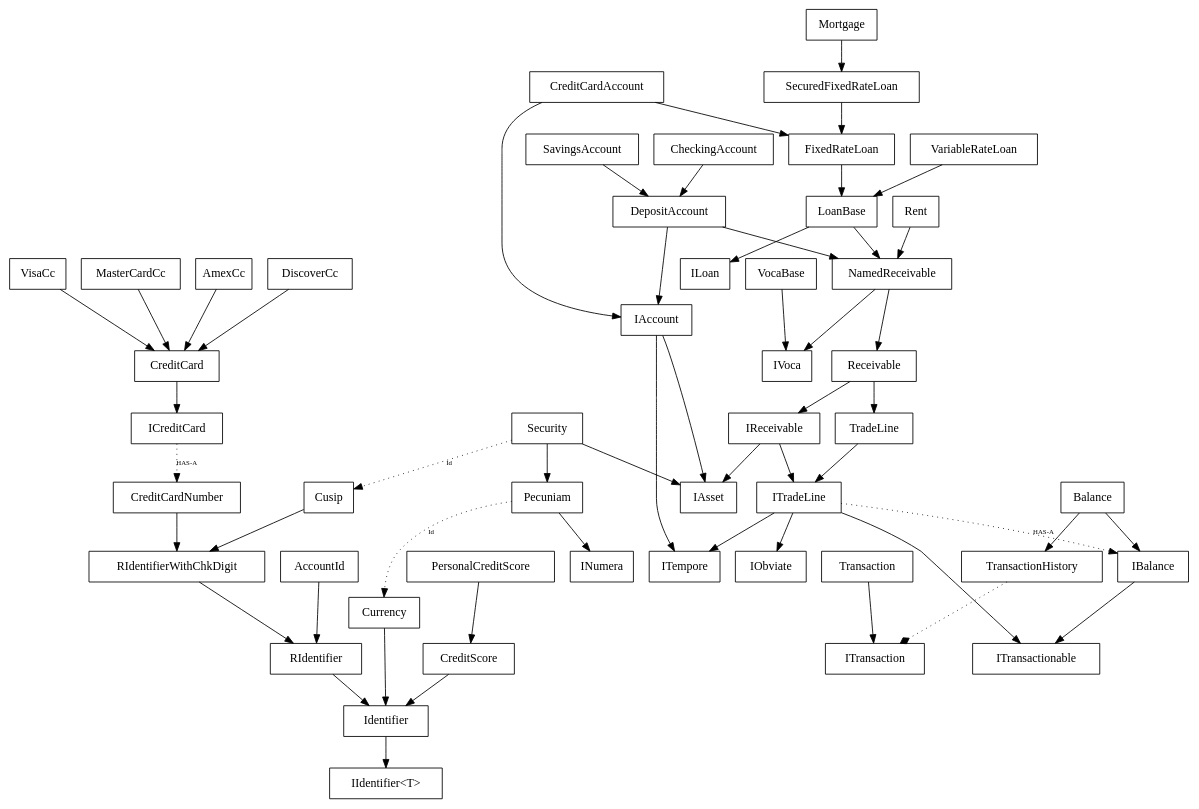
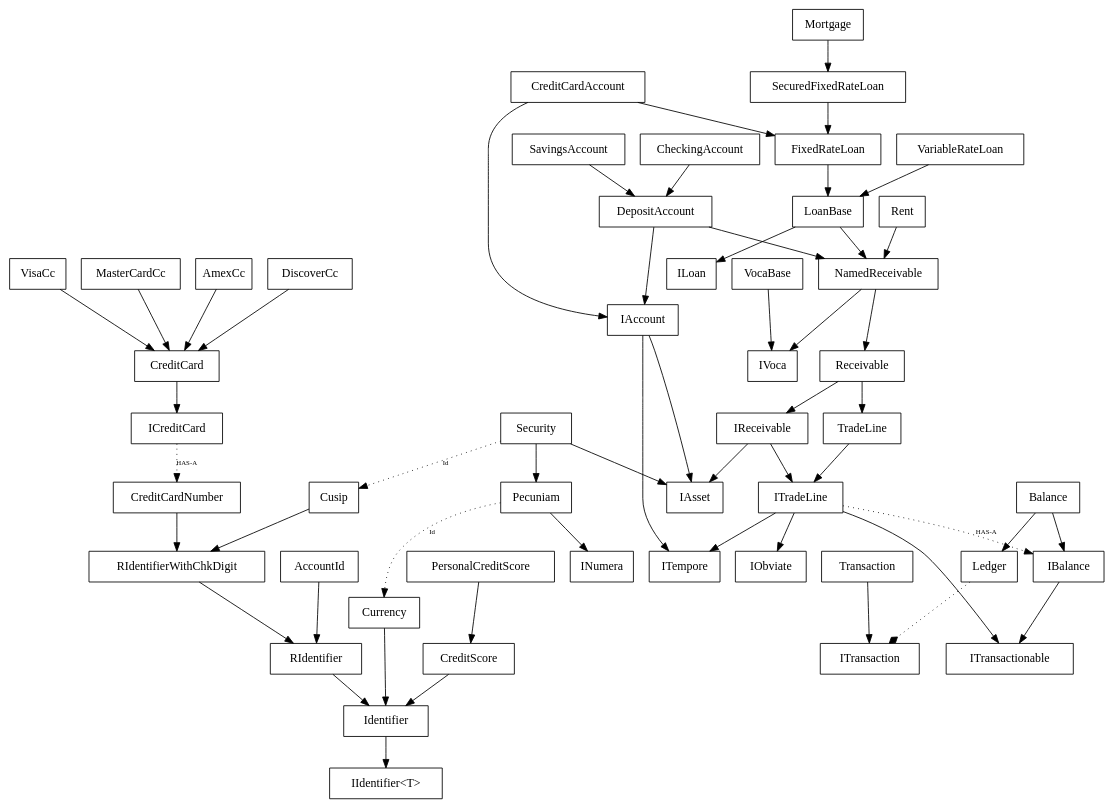
The diagram in trunk/Code/NoFuture/Rand/Sp/__ClassDiagram.gv (nofuture-git/31g), drawn with Graphviz before and after one commit. The commit also changed 7 other files, not shown here.

Commit message:
changed the name of TransactionHistory.cs to Ledger, changed the access modifier of the Transaction ctor to internal, added and assigned a ledger id to Transaction

```diff
--- a/trunk/Code/NoFuture/Rand/Sp/__ClassDiagram.gv
+++ b/trunk/Code/NoFuture/Rand/Sp/__ClassDiagram.gv
@@ -1,58 +1,58 @@
 digraph noFutureRandDataSp {
     node [fontname=Consolas, shape=box]
     
     StringId [label="IIdentifier<T>"]
     
     Mortgage -> SecuredFixedRateLoan
     SecuredFixedRateLoan -> FixedRateLoan
     CreditCardAccount -> FixedRateLoan
     CreditCardAccount -> IAccount
     FixedRateLoan -> LoanBase
     LoanBase -> NamedReceivable
     Rent -> NamedReceivable
     CheckingAccount -> DepositAccount
     SavingsAccount -> DepositAccount
     DepositAccount -> NamedReceivable
     DepositAccount -> IAccount
     Receivable -> IReceivable
     Receivable -> TradeLine
     IReceivable -> ITradeLine
     IReceivable -> IAsset
     VocaBase -> IVoca
     LoanBase -> ILoan
     TradeLine -> ITradeLine
     ITradeLine -> ITempore
     ITradeLine -> ITransactionable
     ITradeLine -> IObviate
     IAccount -> IAsset
     IAccount -> ITempore
     NamedReceivable -> Receivable
     NamedReceivable -> IVoca
     ITradeLine -> IBalance [style="dotted" label="HAS-A",fontname=Consolas, fontsize=8]
     Balance -> IBalance
-    Balance -> TransactionHistory
+    Balance -> Ledger
     VariableRateLoan -> LoanBase
     Security -> IAsset
     Security -> Pecuniam
     Security -> Cusip [style="dotted", label="Id",fontname=Consolas, fontsize=8]
     Cusip -> RIdentifierWithChkDigit
     RIdentifierWithChkDigit -> RIdentifier
     RIdentifier -> Identifier
     Pecuniam -> Currency [style="dotted", label="Id",fontname=Consolas, fontsize=8]
     Currency -> Identifier
     Pecuniam -> INumera
     CreditScore -> Identifier
     PersonalCreditScore -> CreditScore
     CreditCardNumber -> RIdentifierWithChkDigit
     VisaCc -> CreditCard
     MasterCardCc -> CreditCard
     AmexCc -> CreditCard
     DiscoverCc -> CreditCard
     CreditCard -> ICreditCard
     ICreditCard -> CreditCardNumber [style="dotted" label="HAS-A",fontname=Consolas, fontsize=8]
     Identifier -> StringId
     IBalance -> ITransactionable
     AccountId -> RIdentifier
-    TransactionHistory -> ITransaction [style="dotted" arrowhead="diamond"]
+    Ledger -> ITransaction [style="dotted" arrowhead="diamond"]
     Transaction -> ITransaction
 }
```
